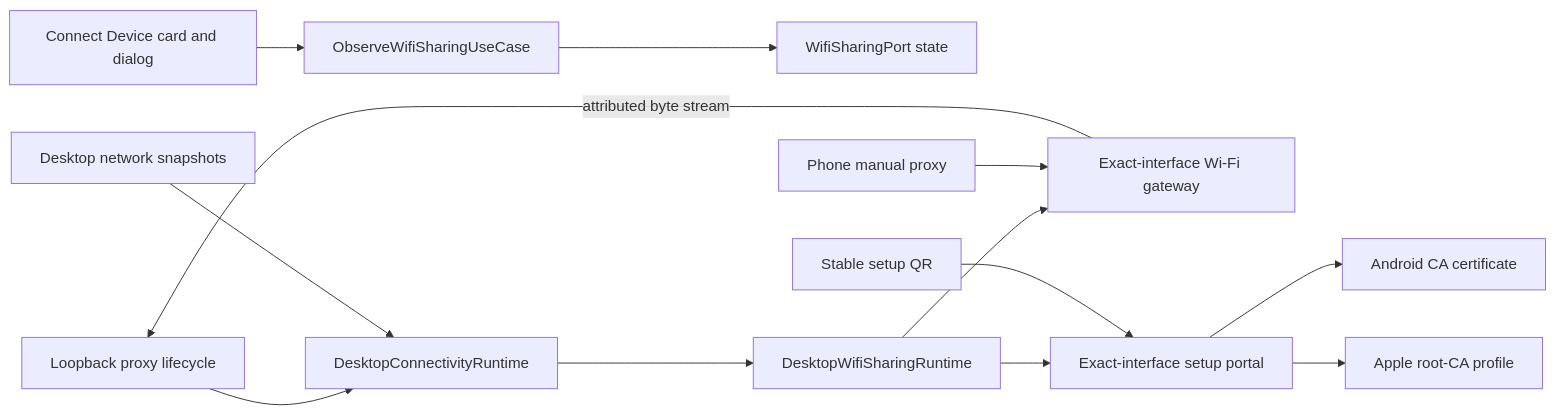
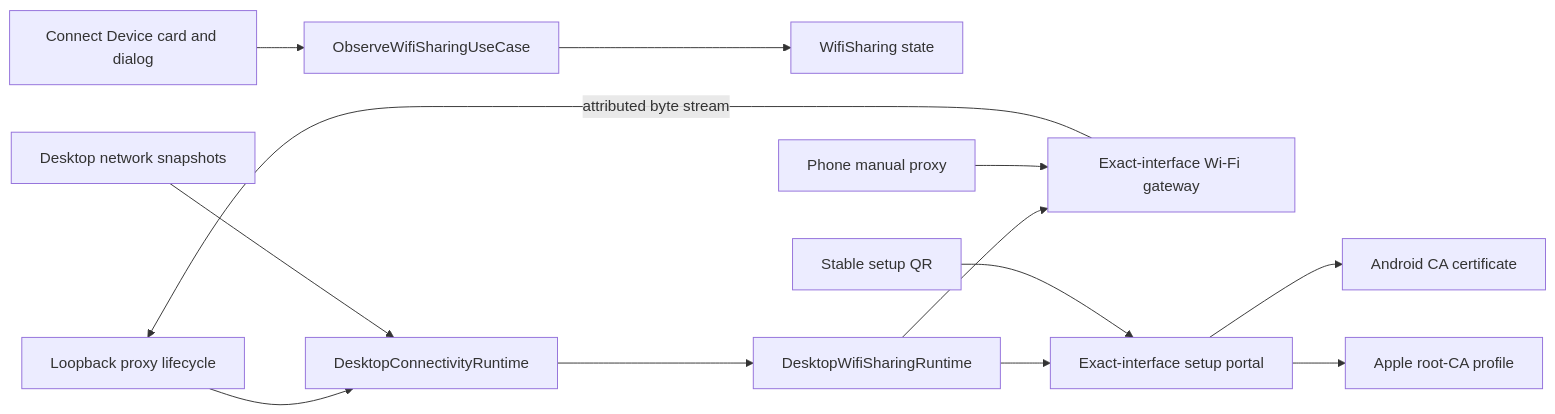
One commit to devuloopers/KNet changed the diagram in docs/wifi_connectivity_implementation_plan.md. Above: the diagram before and after it, drawn with Mermaid. The commit also changed other lines of this file and 443 other files, not shown here.

````diff
--- a/docs/wifi_connectivity_implementation_plan.md
+++ b/docs/wifi_connectivity_implementation_plan.md
@@ -69,17 +69,17 @@
 ```mermaid
 flowchart LR
     UI["Connect Device card and dialog"] --> Observe["ObserveWifiSharingUseCase"]
-    Observe --> Port["WifiSharingPort state"]
+    Observe --> Port["WifiSharing state"]
 
     Proxy["Loopback proxy lifecycle"] --> Context["DesktopConnectivityRuntime"]
     Network["Desktop network snapshots"] --> Context
     Context --> Runtime["DesktopWifiSharingRuntime"]
     Runtime --> Gateway["Exact-interface Wi-Fi gateway"]
     Runtime --> Portal["Exact-interface setup portal"]
     Gateway -->|"attributed byte stream"| Proxy
 
     Phone["Phone manual proxy"] --> Gateway
     QR["Stable setup QR"] --> Portal
     Portal --> Android["Android CA certificate"]
     Portal --> Apple["Apple root-CA profile"]
 ```
````
